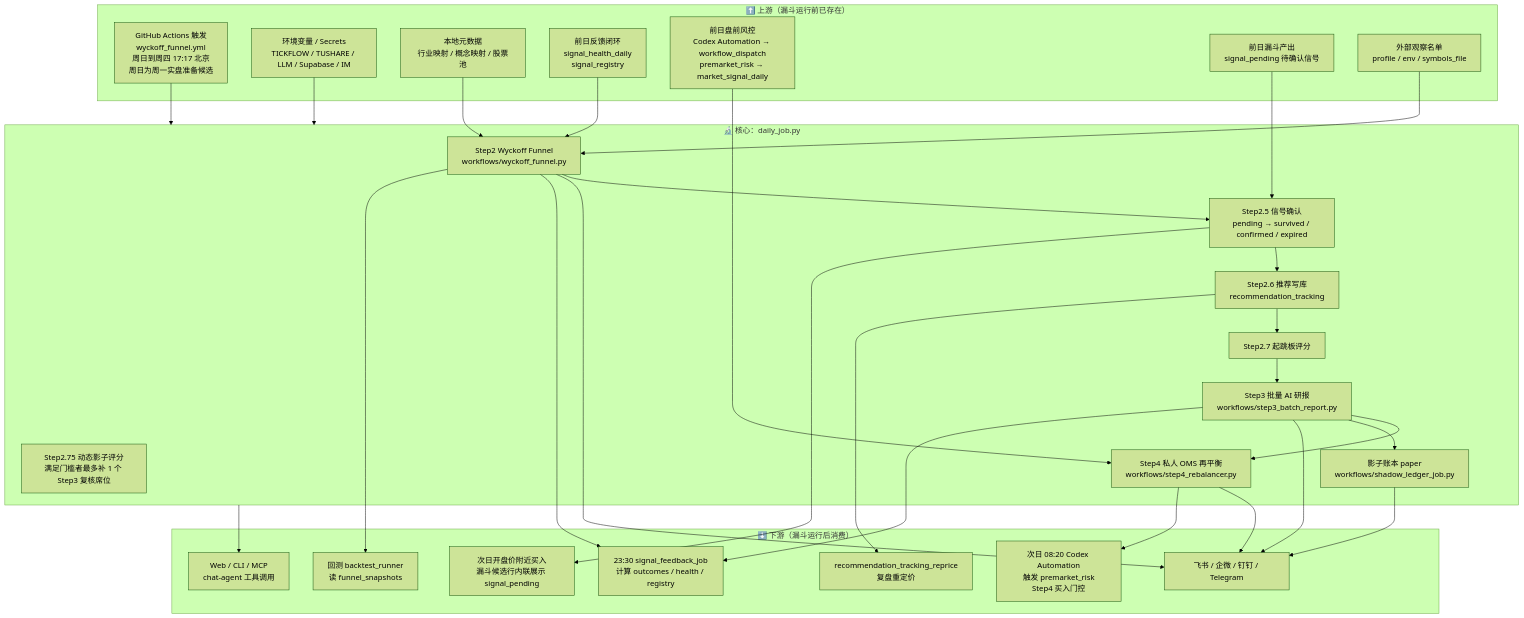
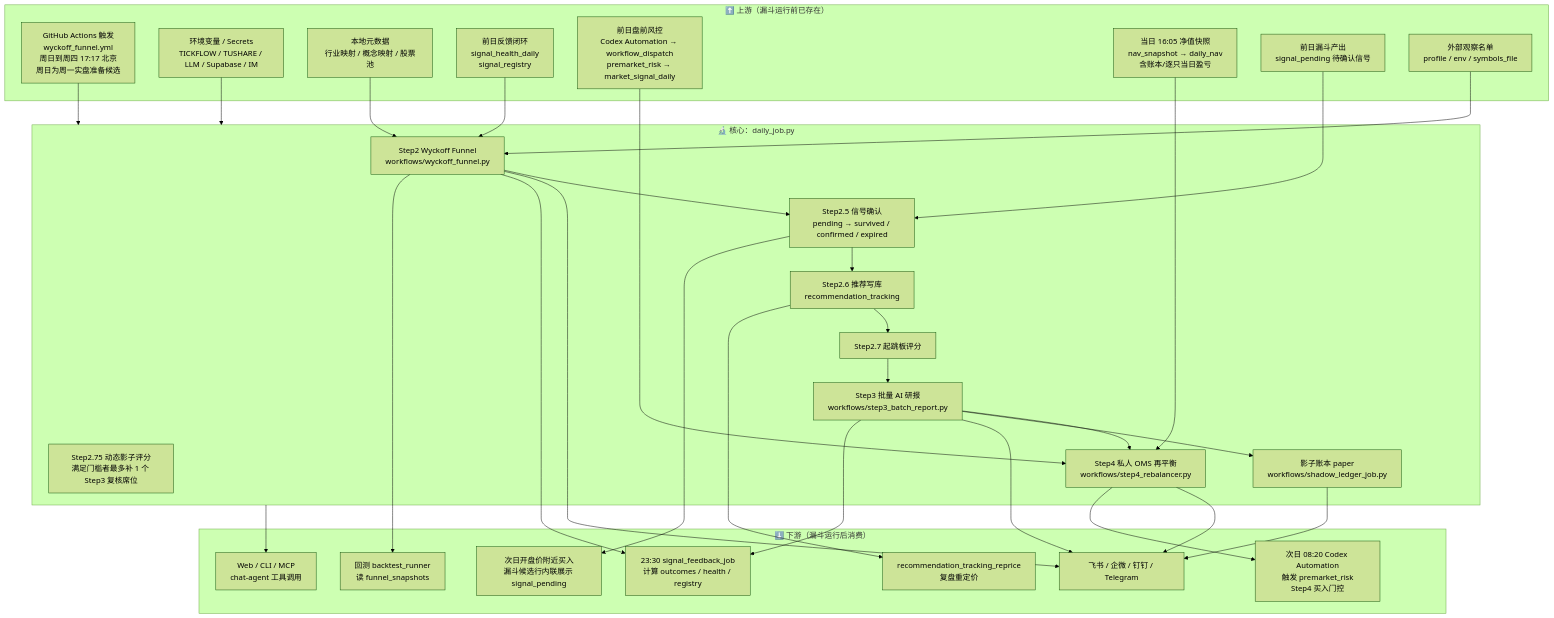
The first of 7 diagrams in docs/A_SHARE_FUNNEL_FLOW.md (YoungCan-Wang/WyckoffTradingAgent), drawn with Mermaid (forest theme) before and after one commit. The commit also changed other lines of this file and 16 other files, not shown here.

````diff
--- a/docs/A_SHARE_FUNNEL_FLOW.md
+++ b/docs/A_SHARE_FUNNEL_FLOW.md
@@ -12,57 +12,59 @@
 ```mermaid
 flowchart TB
     subgraph UPSTREAM["⬆️ 上游（漏斗运行前已存在）"]
         U1["GitHub Actions 触发<br/>wyckoff_funnel.yml<br/>周日到周四 17:17 北京<br/>周日为周一实盘准备候选"]
         U2["环境变量 / Secrets<br/>TICKFLOW / TUSHARE / LLM / Supabase / IM"]
         U3["本地元数据<br/>行业映射 / 概念映射 / 股票池"]
         U4["前日反馈闭环<br/>signal_health_daily<br/>signal_registry"]
         U5["前日盘前风控<br/>Codex Automation → workflow_dispatch<br/>premarket_risk → market_signal_daily"]
+        U8["当日 16:05 净值快照<br/>nav_snapshot → daily_nav<br/>含账本/逐只当日盈亏"]
         U6["前日漏斗产出<br/>signal_pending 待确认信号"]
         U7["外部观察名单<br/>profile / env / symbols_file"]
     end
 
     subgraph CORE["🔬 核心：daily_job.py"]
         S2["Step2 Wyckoff Funnel<br/>workflows/wyckoff_funnel.py"]
         S25["Step2.5 信号确认<br/>pending → survived / confirmed / expired"]
         S26["Step2.6 推荐写库<br/>recommendation_tracking"]
         S27["Step2.7 起跳板评分"]
         S275["Step2.75 动态影子评分<br/>满足门槛者最多补 1 个 Step3 复核席位"]
         S3["Step3 批量 AI 研报<br/>workflows/step3_batch_report.py"]
         S4["Step4 私人 OMS 再平衡<br/>workflows/step4_rebalancer.py"]
         SH["影子账本 paper<br/>workflows/shadow_ledger_job.py"]
     end
 
     subgraph DOWNSTREAM["⬇️ 下游（漏斗运行后消费）"]
         D1["23:30 signal_feedback_job<br/>计算 outcomes / health / registry"]
         D2["次日 08:20 Codex Automation<br/>触发 premarket_risk<br/>Step4 买入门控"]
         D3["次日开盘价附近买入<br/>漏斗候选行内联展示 signal_pending"]
         D4["Web / CLI / MCP<br/>chat-agent 工具调用"]
         D5["回测 backtest_runner<br/>读 funnel_snapshots"]
         D6["recommendation_tracking_reprice<br/>复盘重定价"]
         D7["飞书 / 企微 / 钉钉 / Telegram"]
     end
 
     U1 --> CORE
     U2 --> CORE
     U3 --> S2
     U4 --> S2
     U5 --> S4
     U6 --> S25
     U7 --> S2
+    U8 --> S4
 
     S2 --> S25 --> S26 --> S27 --> S3 --> S4
     S3 --> SH
 
     S2 --> D7
     S3 --> D7
     S4 --> D7
     SH --> D7
 
     S2 --> D1
     S3 --> D1
     S4 --> D2
     S25 --> D3
     S26 --> D6
     S2 --> D5
     CORE --> D4
 ```
````
